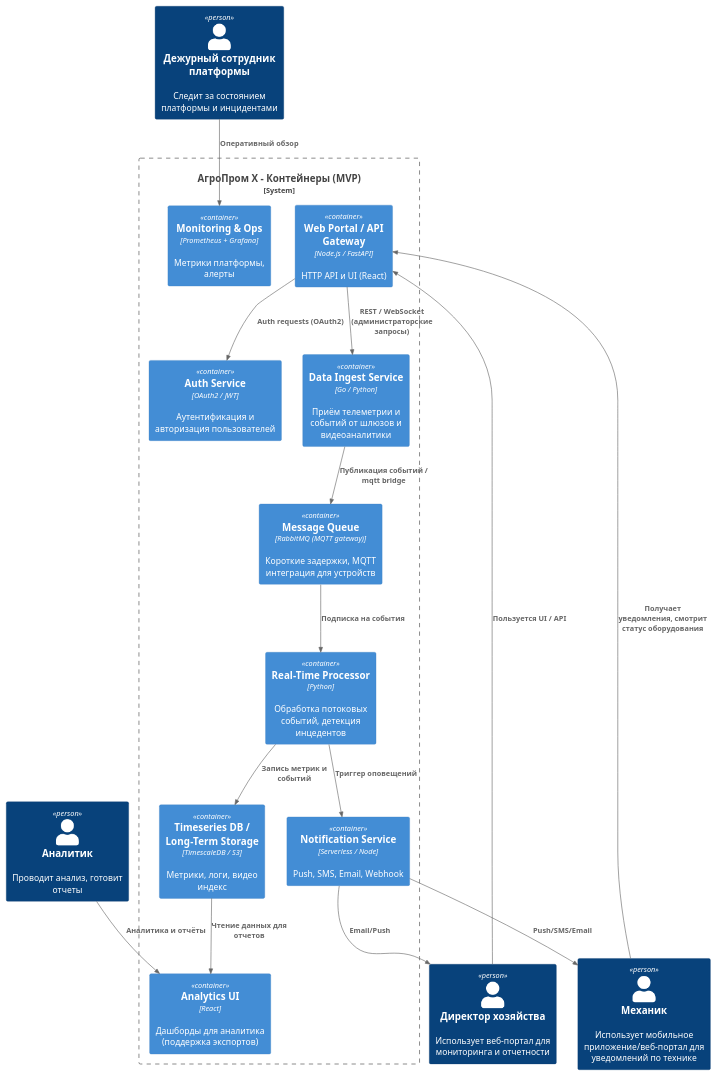
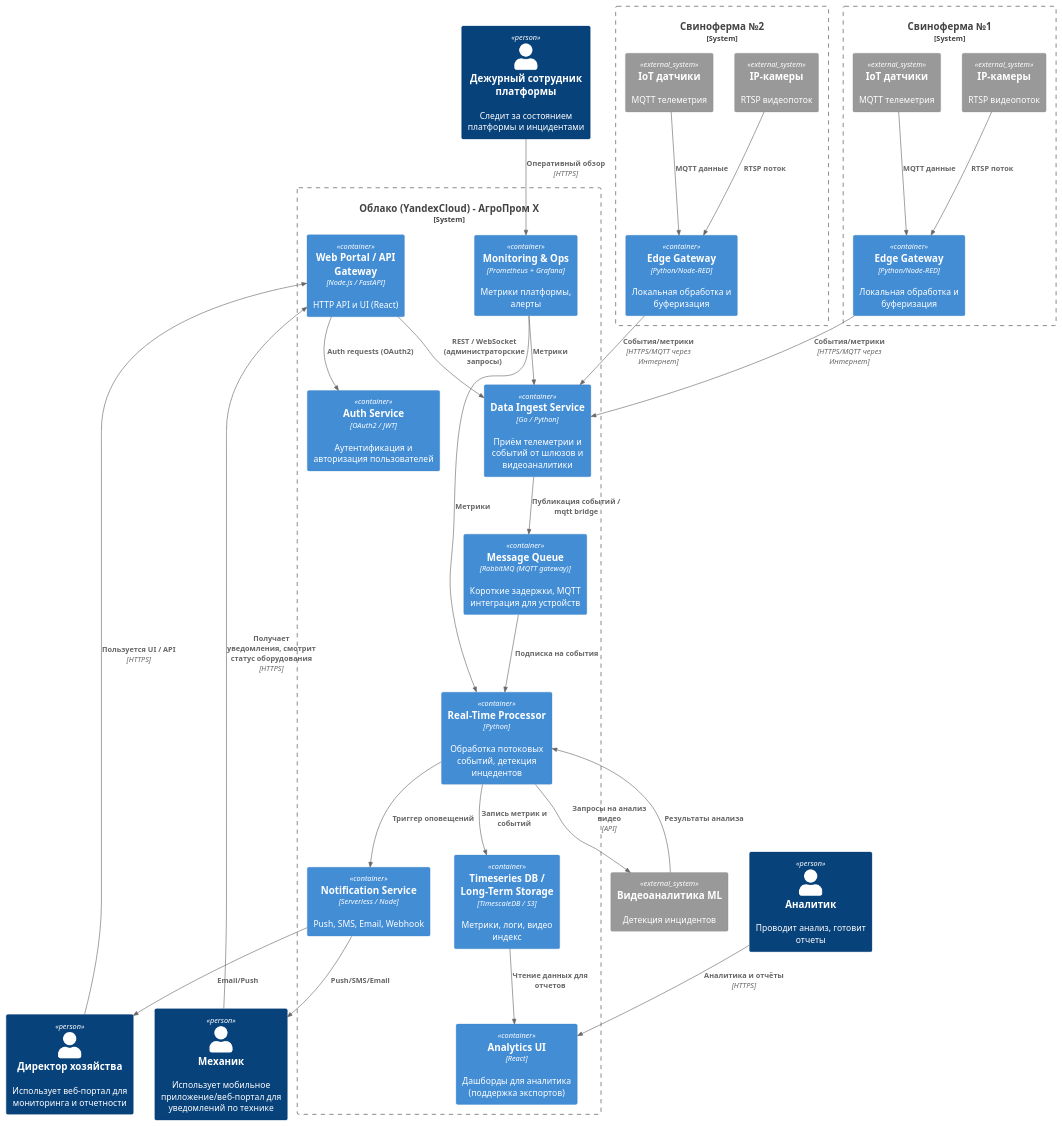
One commit to valerii-software/MSA-AgroTech changed the diagram in Task2/c2_main.puml. Above: the diagram before and after it, drawn with PlantUML. The commit also changed 2 other files, not shown here.

```diff
--- a/Task2/c2_main.puml
+++ b/Task2/c2_main.puml
@@ -1,36 +1,65 @@
 @startuml Container
 !include https://raw.githubusercontent.com/plantuml-stdlib/C4-PlantUML/master/C4_Container.puml
 
 Person(director, "Директор хозяйства", "Использует веб-портал для мониторинга и отчетности")
 Person(mechanic, "Механик", "Использует мобильное приложение/веб-портал для уведомлений по технике")
 Person(analyst, "Аналитик", "Проводит анализ, готовит отчеты")
 Person(operator, "Дежурный сотрудник платформы", "Следит за состоянием платформы и инцидентами")
 
-System_Boundary(platform, "АгроПром Х - Контейнеры (MVP)") {
+System_Boundary(farm1, "Свиноферма №1") {
+  System_Ext(cameras1, "IP-камеры", "RTSP видеопоток")
+  System_Ext(sensors1, "IoT датчики", "MQTT телеметрия")
+  Container(edge1, "Edge Gateway", "Python/Node-RED", "Локальная обработка и буферизация")
+}
+
+System_Boundary(farm2, "Свиноферма №2") {
+  System_Ext(cameras2, "IP-камеры", "RTSP видеопоток")
+  System_Ext(sensors2, "IoT датчики", "MQTT телеметрия")
+  Container(edge2, "Edge Gateway", "Python/Node-RED", "Локальная обработка и буферизация")
+}
+
+System_Boundary(platform, "Облако (YandexCloud) - АгроПром Х") {
   Container(web_app, "Web Portal / API Gateway", "Node.js / FastAPI", "HTTP API и UI (React)")
   Container(auth, "Auth Service", "OAuth2 / JWT", "Аутентификация и авторизация пользователей")
   Container(ingest, "Data Ingest Service", "Go / Python", "Приём телеметрии и событий от шлюзов и видеоаналитики")
   Container(processor, "Real-Time Processor", "Python", "Обработка потоковых событий, детекция инцедентов")
   Container(queue, "Message Queue", "RabbitMQ (MQTT gateway)", "Короткие задержки, MQTT интеграция для устройств")
   Container(storage, "Timeseries DB / Long-Term Storage", "TimescaleDB / S3", "Метрики, логи, видео индекс")
   Container(notification, "Notification Service", "Serverless / Node", "Push, SMS, Email, Webhook")
   Container(ui_analytics, "Analytics UI", "React", "Дашборды для аналитика (поддержка экспортов)")
   Container(monitoring, "Monitoring & Ops", "Prometheus + Grafana", "Метрики платформы, алерты")
 }
 
-Rel(director, web_app, "Пользуется UI / API")
-Rel(mechanic, web_app, "Получает уведомления, смотрит статус оборудования")
-Rel(analyst, ui_analytics, "Аналитика и отчёты")
-Rel(operator, monitoring, "Оперативный обзор")
+System_Ext(video_analytics, "Видеоаналитика ML", "Детекция инцидентов")
 
+' === Взаимосвязи на фермах ===
+Rel(cameras1, edge1, "RTSP поток")
+Rel(sensors1, edge1, "MQTT данные")
+Rel(edge1, ingest, "События/метрики", "HTTPS/MQTT через Интернет")
+
+Rel(cameras2, edge2, "RTSP поток")
+Rel(sensors2, edge2, "MQTT данные")
+Rel(edge2, ingest, "События/метрики", "HTTPS/MQTT через Интернет")
+
+' === Взаимосвязи пользователей ===
+Rel(director, web_app, "Пользуется UI / API", "HTTPS")
+Rel(mechanic, web_app, "Получает уведомления, смотрит статус оборудования", "HTTPS")
+Rel(analyst, ui_analytics, "Аналитика и отчёты", "HTTPS")
+Rel(operator, monitoring, "Оперативный обзор", "HTTPS")
+
+' === Взаимосвязи внутри платформы ===
 Rel(web_app, auth, "Auth requests (OAuth2)")
 Rel(web_app, ingest, "REST / WebSocket (администраторские запросы)")
 Rel(ingest, queue, "Публикация событий / mqtt bridge")
 Rel(queue, processor, "Подписка на события")
+Rel(processor, video_analytics, "Запросы на анализ видео", "API")
+Rel(video_analytics, processor, "Результаты анализа")
 Rel(processor, storage, "Запись метрик и событий")
 Rel(processor, notification, "Триггер оповещений")
 Rel(notification, mechanic, "Push/SMS/Email")
 Rel(notification, director, "Email/Push")
 Rel(storage, ui_analytics, "Чтение данных для отчетов")
+Rel(monitoring, processor, "Метрики")
+Rel(monitoring, ingest, "Метрики")
 
 @enduml
```
